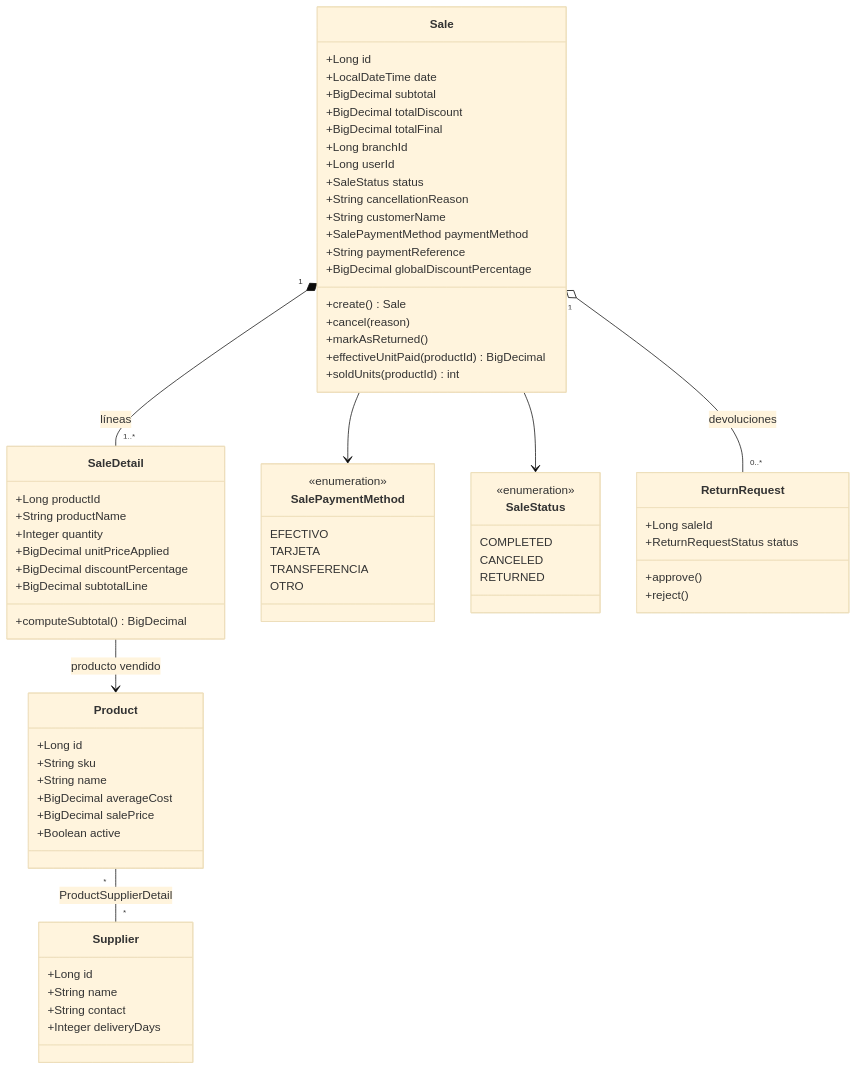
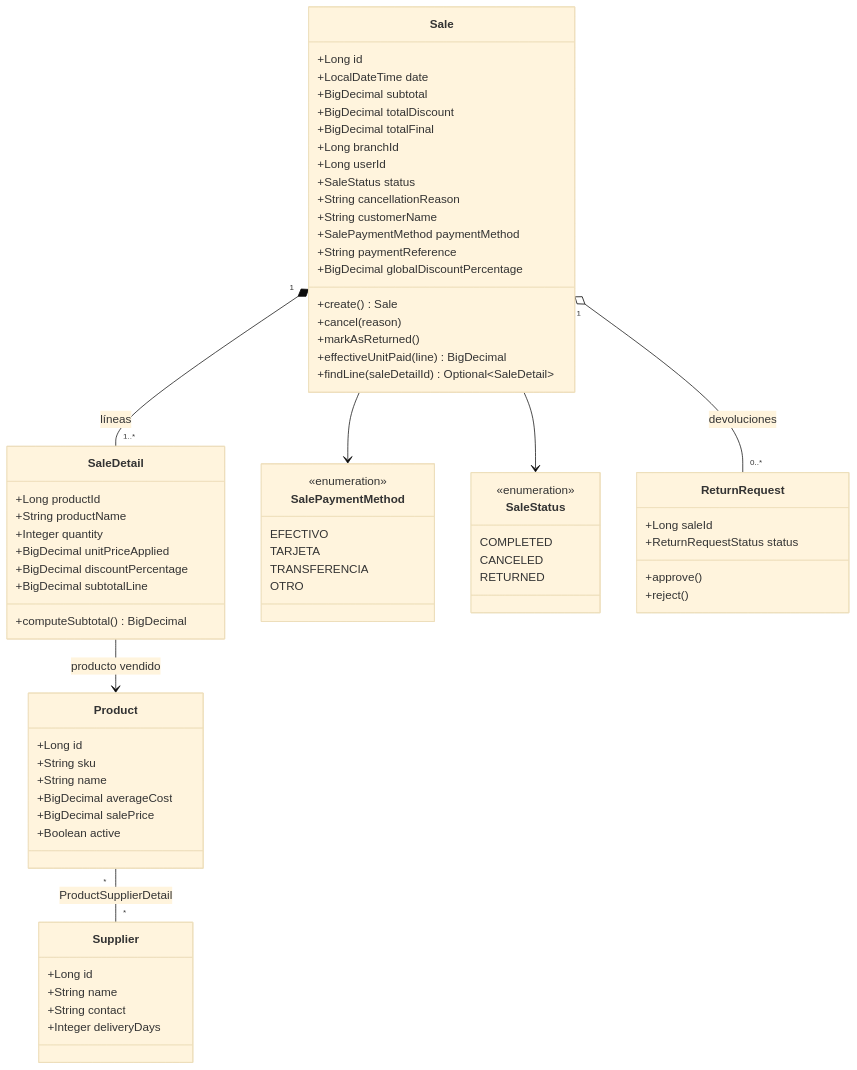
Before and after one commit to BrandonBrandon-alt/Zen-Inventory: the sixth of 13 diagrams in documentacion_tecnica.md, drawn with Mermaid (base theme). The commit also changed 50 other files, not shown here.

````diff
--- a/documentacion_tecnica.md
+++ b/documentacion_tecnica.md
@@ -221,71 +221,71 @@
 ```mermaid
 classDiagram
     class Sale {
         +Long id
         +LocalDateTime date
         +BigDecimal subtotal
         +BigDecimal totalDiscount
         +BigDecimal totalFinal
         +Long branchId
         +Long userId
         +SaleStatus status
         +String cancellationReason
         +String customerName
         +SalePaymentMethod paymentMethod
         +String paymentReference
         +BigDecimal globalDiscountPercentage
         +create() Sale
         +cancel(reason)
         +markAsReturned()
-        +effectiveUnitPaid(productId) BigDecimal
-        +soldUnits(productId) int
+        +effectiveUnitPaid(line) BigDecimal
+        +findLine(saleDetailId) Optional~SaleDetail~
     }
     class SaleDetail {
         +Long productId
         +String productName
         +Integer quantity
         +BigDecimal unitPriceApplied
         +BigDecimal discountPercentage
         +BigDecimal subtotalLine
         +computeSubtotal() BigDecimal
     }
     class SalePaymentMethod {
         <<enumeration>>
         EFECTIVO
         TARJETA
         TRANSFERENCIA
         OTRO
     }
     class SaleStatus {
         <<enumeration>>
         COMPLETED
         CANCELED
         RETURNED
     }
     class ReturnRequest {
         +Long saleId
         +ReturnRequestStatus status
         +approve()
         +reject()
     }
     class Product {
         +Long id
         +String sku
         +String name
         +BigDecimal averageCost
         +BigDecimal salePrice
         +Boolean active
     }
     class Supplier {
         +Long id
         +String name
         +String contact
         +Integer deliveryDays
     }
     Sale "1" *-- "1..*" SaleDetail : líneas
     Sale --> SaleStatus
     Sale --> SalePaymentMethod
     Sale "1" o-- "0..*" ReturnRequest : devoluciones
     SaleDetail --> Product : producto vendido
     Product "*" -- "*" Supplier : ProductSupplierDetail
 ```
````
